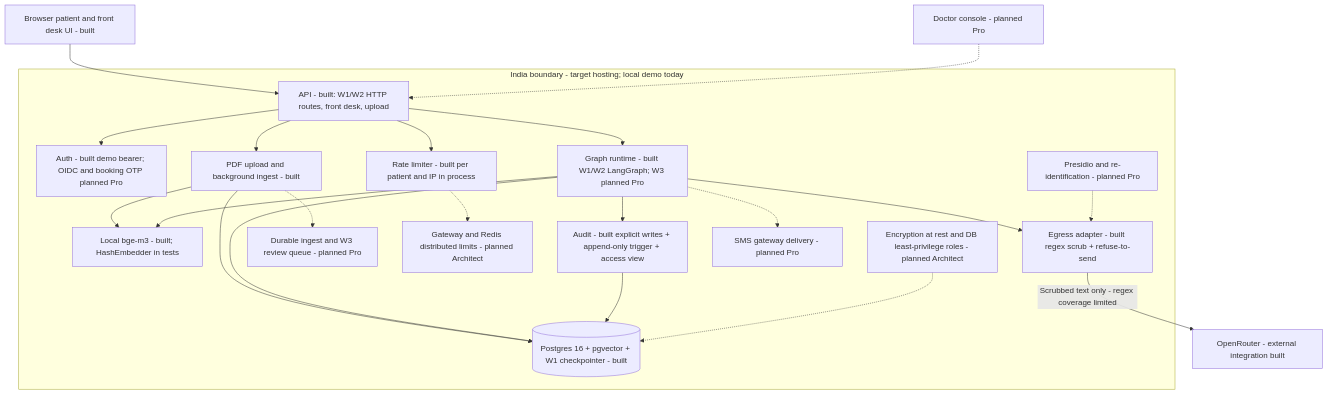
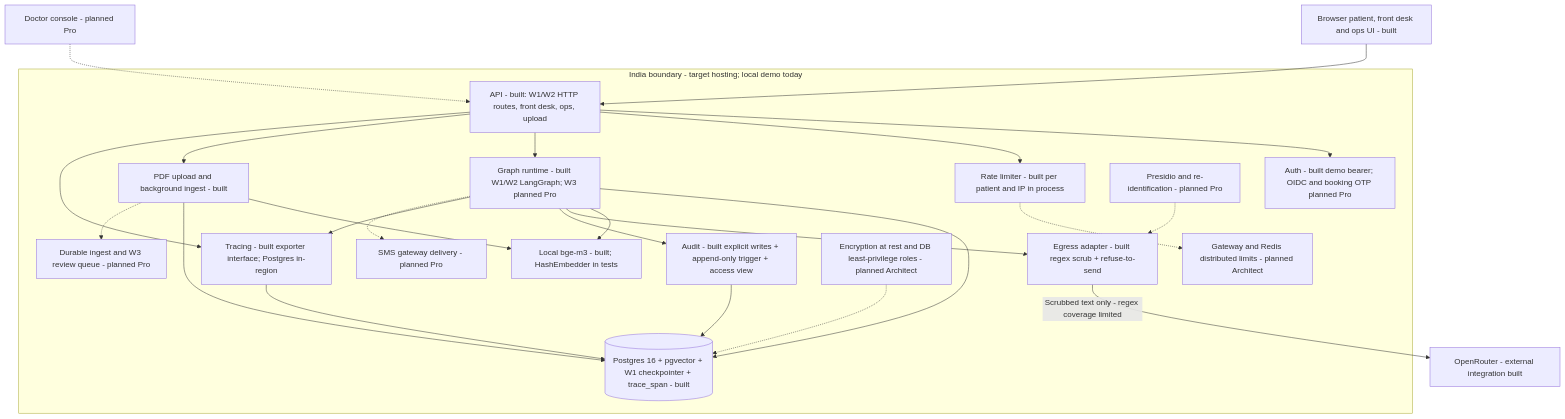
The diagram in docs/diagrams/container.md (akilakuppuswamy1/Sahyog_care), drawn with Mermaid before and after one commit. The commit also changed other lines of this file and 30 other files, not shown here.

````diff
--- a/docs/diagrams/container.md
+++ b/docs/diagrams/container.md
@@ -7,38 +7,42 @@
 ```mermaid
 flowchart TB
-    UI[Browser patient and front desk UI - built] --> API
+    UI[Browser patient, front desk and ops UI - built] --> API
     DC[Doctor console - planned Pro] -.-> API
     subgraph India[India boundary - target hosting; local demo today]
-        API[API - built: W1/W2 HTTP routes, front desk, upload]
+        API[API - built: W1/W2 HTTP routes, front desk, ops, upload]
         AUTH[Auth - built demo bearer; OIDC and booking OTP planned Pro]
         RL[Rate limiter - built per patient and IP in process]
         GRAPH[Graph runtime - built W1/W2 LangGraph; W3 planned Pro]
-        PG[(Postgres 16 + pgvector + W1 checkpointer - built)]
+        PG[(Postgres 16 + pgvector + W1 checkpointer + trace_span - built)]
         EMB[Local bge-m3 - built; HashEmbedder in tests]
         ING[PDF upload and background ingest - built]
         EG[Egress adapter - built regex scrub + refuse-to-send]
         AUD[Audit - built explicit writes + append-only trigger + access view]
+        TRACE[Tracing - built exporter interface; Postgres in-region]
         PHI[Presidio and re-identification - planned Pro]
         QUEUE[Durable ingest and W3 review queue - planned Pro]
         REDIS[Gateway and Redis distributed limits - planned Architect]
         CRYPTO[Encryption at rest and DB least-privilege roles - planned Architect]
         SMS[SMS gateway delivery - planned Pro]
         API --> AUTH
         API --> RL
         API --> GRAPH
         API --> ING
         ING --> EMB
         ING --> PG
         GRAPH --> PG
         GRAPH --> EMB
         GRAPH --> EG
         GRAPH --> AUD
+        API --> TRACE
+        GRAPH --> TRACE
+        TRACE --> PG
         AUD --> PG
         PHI -.-> EG
         ING -.-> QUEUE
         RL -.-> REDIS
         CRYPTO -.-> PG
         GRAPH -.-> SMS
     end
     EG -->|Scrubbed text only - regex coverage limited| OR[OpenRouter - external integration built]
 ```
````
